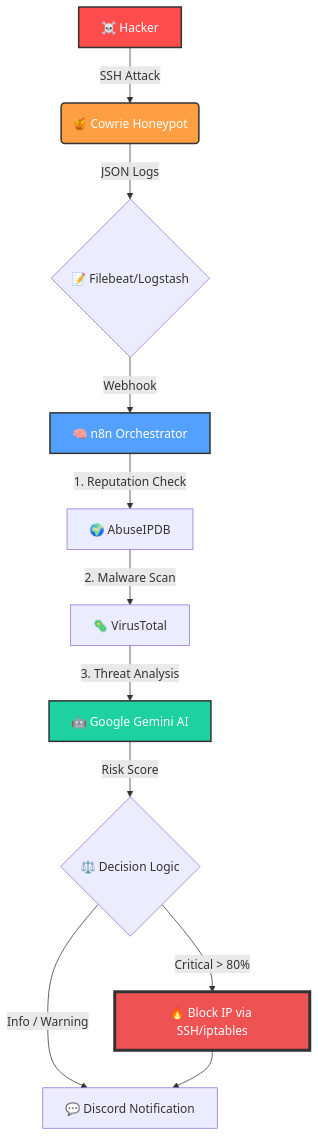
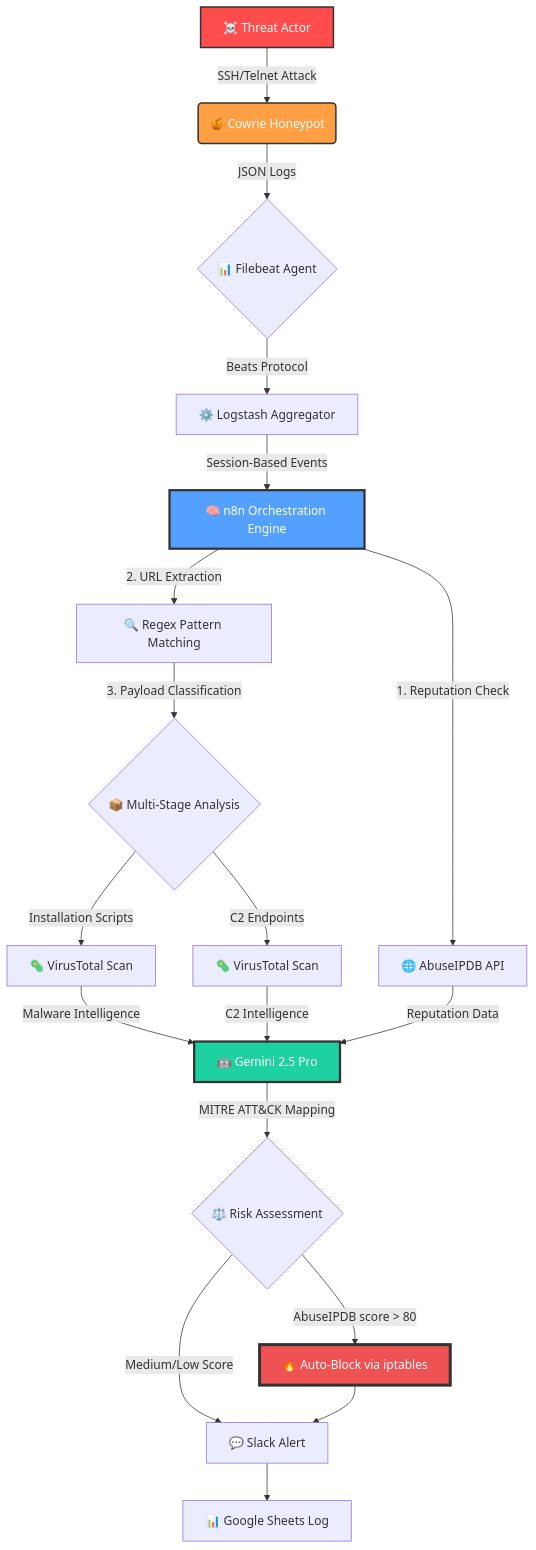
The diagram in README.md (Khimira/Honeypot-Sentinel), drawn with Mermaid before and after one commit. The commit also changed other lines of this file, not shown here.

````diff
--- a/README.md
+++ b/README.md
@@ -13,24 +16,32 @@
 ```mermaid
 graph TD
-    A[☠️ Hacker] -->|SSH Attack| B(🍯 Cowrie Honeypot)
-    B -->|JSON Logs| C{📝 Filebeat/Logstash}
-    C -->|Webhook| D[🧠 n8n Orchestrator]
+    A[☠️ Threat Actor] -->|SSH/Telnet Attack| B(🍯 Cowrie Honeypot)
+    B -->|JSON Logs| C{📊 Filebeat Agent}
+    C -->|Beats Protocol| D[⚙️ Logstash Aggregator]
+    D -->|Session-Based Events| E[🧠 n8n Orchestration Engine]
     
-    %% Pipeline de Enriquecimento (Sequencial)
-    D -->|1. Reputation Check| E[🌍 AbuseIPDB]
-    E -->|2. Malware Scan| F[🦠 VirusTotal]
-    F -->|3. Threat Analysis| G[🤖 Google Gemini AI]
+    %% Intelligence Enrichment Pipeline
+    E -->|1. Reputation Check| F[🌐 AbuseIPDB API]
+    E -->|2. URL Extraction| G[🔍 Regex Pattern Matching]
+    G -->|3. Payload Classification| H{📦 Multi-Stage Analysis}
     
-    %% Decisão baseada na IA
-    G -->|Risk Score| H{⚖️ Decision Logic}
+    H -->|Installation Scripts| I[🦠 VirusTotal Scan]
+    H -->|C2 Endpoints| J[🦠 VirusTotal Scan]
     
-    H -->|Critical > 80%| I[🔥 Block IP via SSH/iptables]
-    H -->|Info / Warning| J[💬 Discord Notification]
-    I --> J
+    I -->|Malware Intelligence| K[🤖 Gemini 2.5 Pro]
+    J -->|C2 Intelligence| K
+    F -->|Reputation Data| K
+    
+    K -->|MITRE ATT&CK Mapping| L{⚖️ Risk Assessment}
+    
+    L -->|AbuseIPDB score  > 80| M[🔥 Auto-Block via iptables]
+    L -->|Medium/Low Score| N[💬 Slack Alert]
+    M --> N
+    N --> O[📊 Google Sheets Log]
     
     style A fill:#ff4d4d,stroke:#333,stroke-width:2px,color:#fff
     style B fill:#ff9f43,stroke:#333,stroke-width:2px,color:#fff
-    style D fill:#54a0ff,stroke:#333,stroke-width:2px,color:#fff
-    style G fill:#1dd1a1,stroke:#333,stroke-width:2px,color:#fff
-    style I fill:#ee5253,stroke:#333,stroke-width:4px,color:#fff
+    style E fill:#54a0ff,stroke:#333,stroke-width:3px,color:#fff
+    style K fill:#1dd1a1,stroke:#333,stroke-width:3px,color:#fff
+    style M fill:#ee5253,stroke:#333,stroke-width:4px,color:#fff
 ```
````
